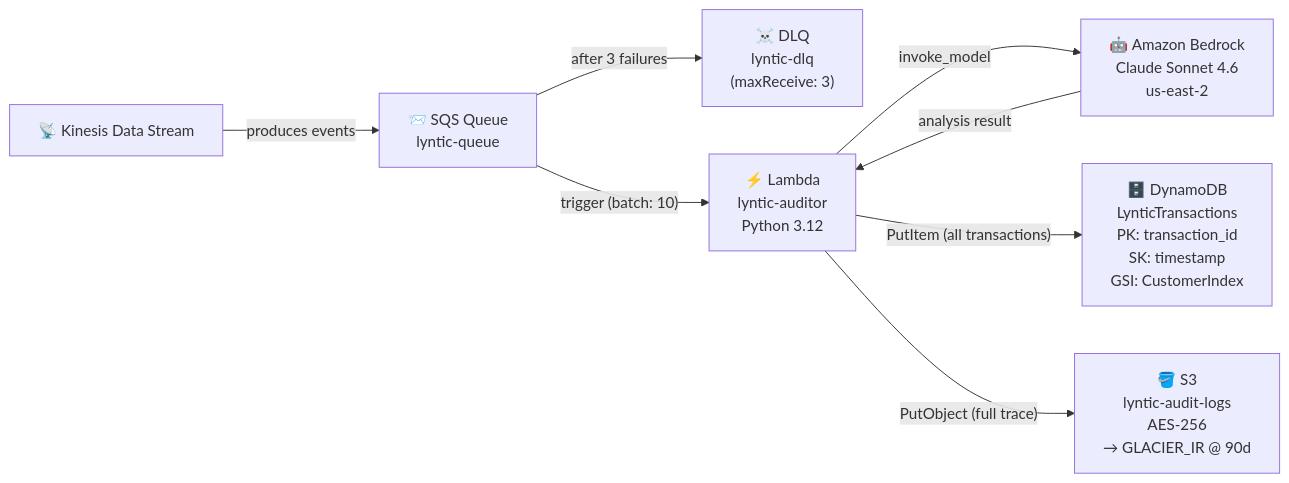
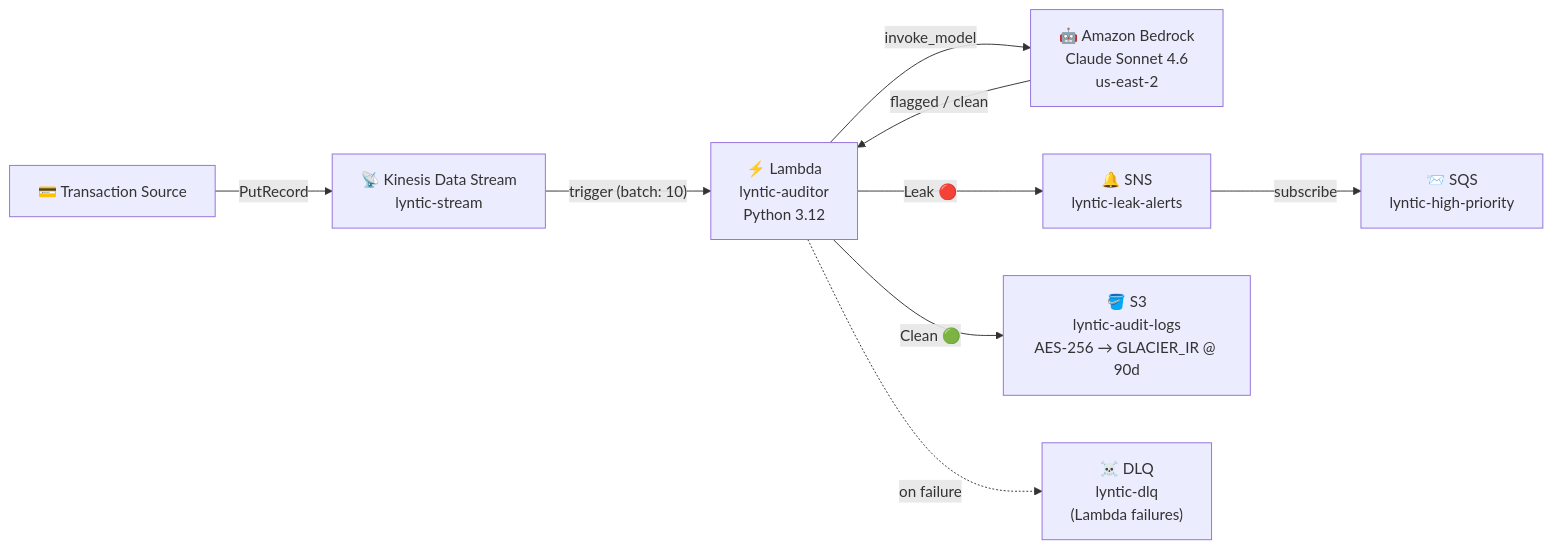
The diagram in architecture.md (tuni56/lyntic), drawn with Mermaid before and after one commit.

Commit message:
docs: update architecture diagram to revised flow

````diff
--- a/architecture.md
+++ b/architecture.md
@@ -1,18 +1,23 @@
 ```mermaid
 flowchart LR
-    KDS["📡 Kinesis Data Stream"]
-    SQS["📨 SQS Queue\nlyntic-queue"]
-    DLQ["☠️ DLQ\nlyntic-dlq\n(maxReceive: 3)"]
+    SRC["💳 Transaction Source"]
+    KDS["📡 Kinesis Data Stream\nlyntic-stream"]
     LAM["⚡ Lambda\nlyntic-auditor\nPython 3.12"]
     BED["🤖 Amazon Bedrock\nClaude Sonnet 4.6\nus-east-2"]
-    DYN["🗄️ DynamoDB\nLynticTransactions\nPK: transaction_id\nSK: timestamp\nGSI: CustomerIndex"]
-    S3["🪣 S3\nlyntic-audit-logs\nAES-256\n→ GLACIER_IR @ 90d"]
+    SNS["🔔 SNS\nlyntic-leak-alerts"]
+    SQS["📨 SQS\nlyntic-high-priority"]
+    S3["🪣 S3\nlyntic-audit-logs\nAES-256 → GLACIER_IR @ 90d"]
+    DLQ["☠️ DLQ\nlyntic-dlq\n(Lambda failures)"]
 
-    KDS -->|"produces events"| SQS
-    SQS -->|"trigger (batch: 10)"| LAM
-    SQS -->|"after 3 failures"| DLQ
+    SRC -->|"PutRecord"| KDS
+    KDS -->|"trigger (batch: 10)"| LAM
     LAM -->|"invoke_model"| BED
-    BED -->|"analysis result"| LAM
-    LAM -->|"PutItem (all transactions)"| DYN
-    LAM -->|"PutObject (full trace)"| S3
+    BED -->|"flagged / clean"| LAM
+
+    LAM -->|"Leak 🔴"| SNS
+    SNS -->|"subscribe"| SQS
+
+    LAM -->|"Clean 🟢"| S3
+
+    LAM -.->|"on failure"| DLQ
 ```
````
